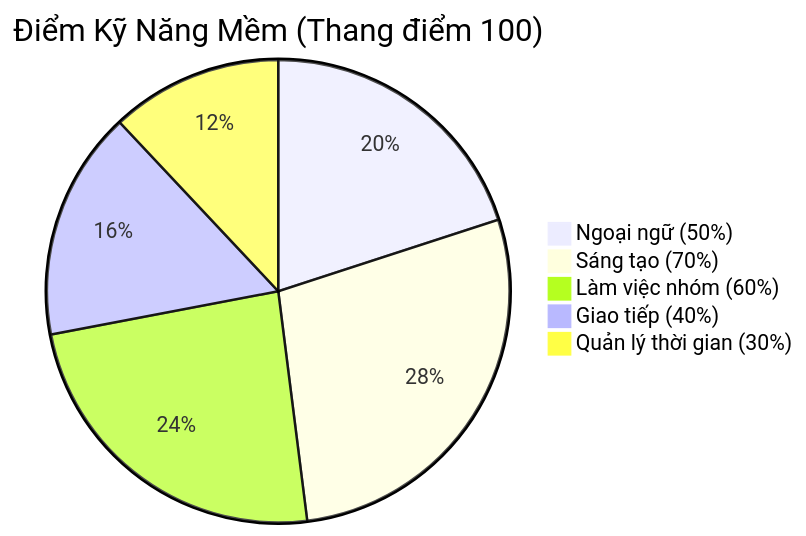
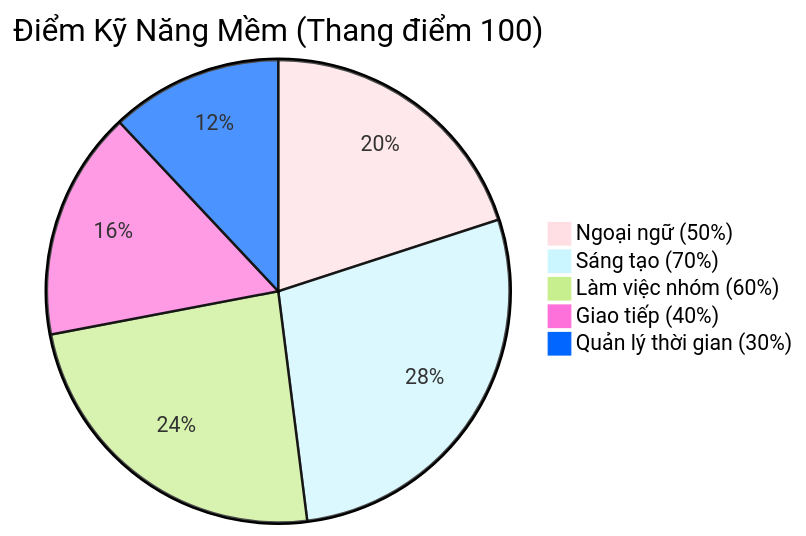
Before and after one commit to baochau-cmyk/baochau-cmyk: the second of 2 diagrams in README.md, drawn with Mermaid. The commit also changed other lines of this file, not shown here.

````diff
--- a/README.md
+++ b/README.md
@@ -51,9 +61,18 @@
 ```mermaid
+---
+config: 
+    themeVariables:
+        pie1: "#FFDFE3" 
+        pie2: "#CCF6FF" 
+        pie3: "#C7EF8E" 
+        pie4: "#FF71DA" 
+        pie5: "#0066FF"
+---
 pie
     title Điểm Kỹ Năng Mềm (Thang điểm 100)
     "Ngoại ngữ (50%)" : 50
     "Sáng tạo (70%)" : 70
     "Làm việc nhóm (60%)" : 60
     "Giao tiếp (40%)" : 40
     "Quản lý thời gian (30%)" : 30
 ```
````
